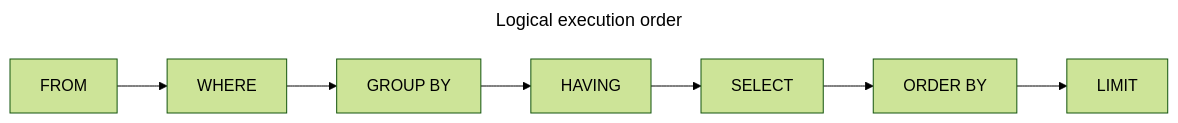
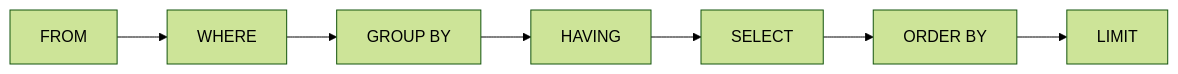
One commit to VineethChivukula/dedocs changed the first of 4 diagrams in content/sql/query-execution-engine.md. Above: the diagram before and after it, drawn with Mermaid (forest theme). The commit also changed other lines of this file and 26 other files, not shown here.

````diff
--- a/content/sql/query-execution-engine.md
+++ b/content/sql/query-execution-engine.md
@@ -32,12 +34,9 @@
 ```mermaid
----
-title: "Logical execution order"
----
 flowchart LR
   A[FROM] --> B[WHERE]
   B --> C[GROUP BY]
   C --> D[HAVING]
   D --> E[SELECT]
   E --> F[ORDER BY]
   F --> G[LIMIT]
 ```
````
